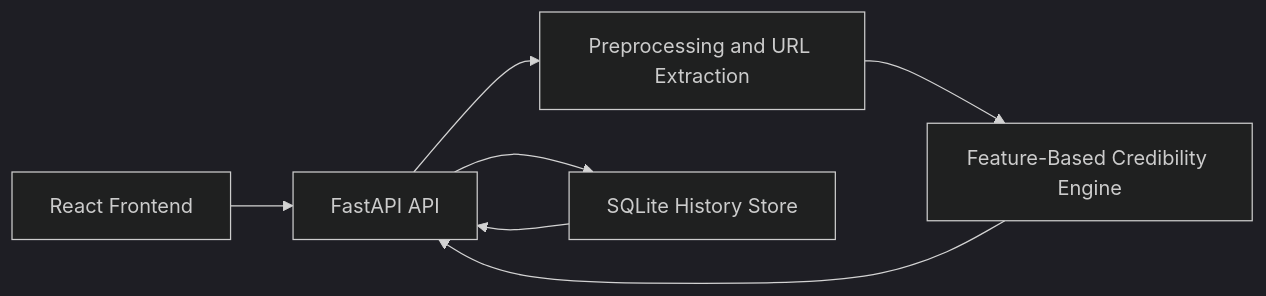
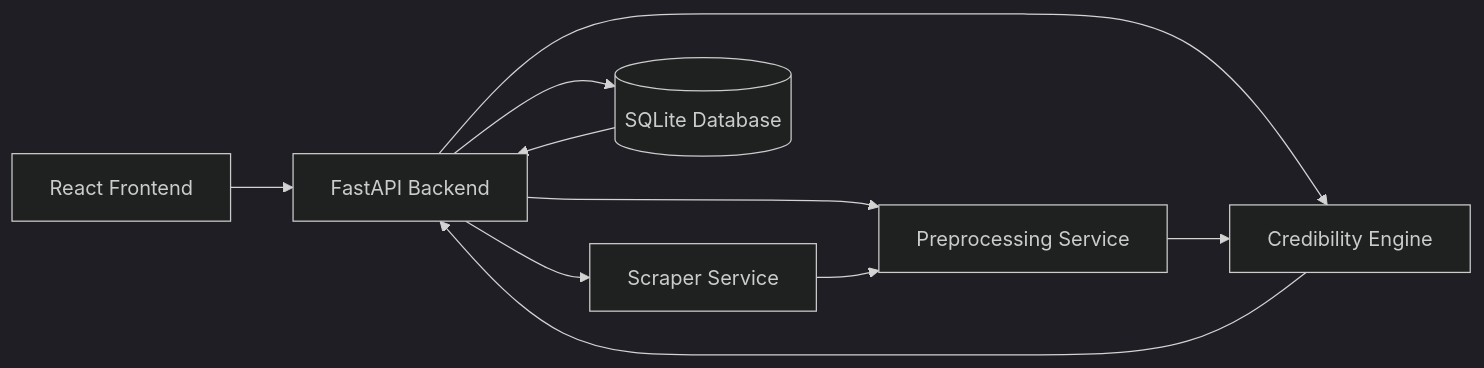
Before and after one commit to iamshahid555/mediaverify: the diagram in README.md, drawn with Mermaid (dark theme). The commit also changed other lines of this file, not shown here.

Commit message:
Improve README architecture and documentation

````diff
--- a/README.md
+++ b/README.md
@@ -44,9 +44,14 @@
 ```mermaid
 flowchart LR
-    A[React Frontend] --> B[FastAPI API]
-    B --> C[Preprocessing and URL Extraction]
-    C --> D[Feature-Based Credibility Engine]
-    B --> E[SQLite History Store]
-    D --> B
+    A[React Frontend] --> B[FastAPI Backend]
+
+    B --> C[Scraper Service]
+    B --> D[Preprocessing Service]
+    B --> E[Credibility Engine]
+    B --> F[(SQLite Database)]
+
+    C --> D
+    D --> E
     E --> B
+    F --> B
 ```
````
